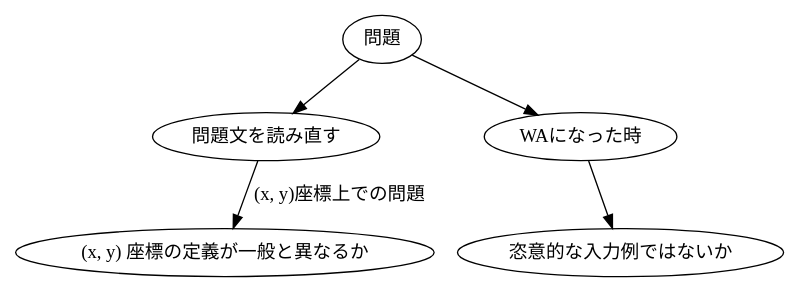
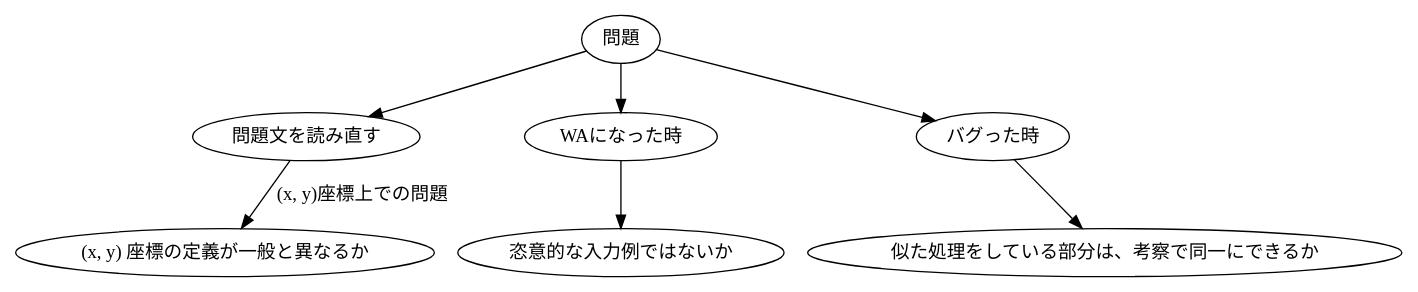
Before and after one commit to Memories-of-Sun-and-Moon/cp_templates: the diagram in __typicals/trouble_shooting.dot, drawn with Graphviz.

Commit message:
バグ対策の覚書

```diff
--- a/__typicals/trouble_shooting.dot
+++ b/__typicals/trouble_shooting.dot
@@ -1,11 +1,14 @@
 digraph G {
     graph [
         layout = dot;
     ];
 
     問題 -> 問題文を読み直す;
         問題文を読み直す -> "(x, y) 座標の定義が一般と異なるか" [label="(x, y)座標上での問題"];
 
     問題 -> WAになった時;
         WAになった時 -> 恣意的な入力例ではないか;
+
+    問題 -> バグった時;
+        バグった時 -> 似た処理をしている部分は、考察で同一にできるか;
 }
```
